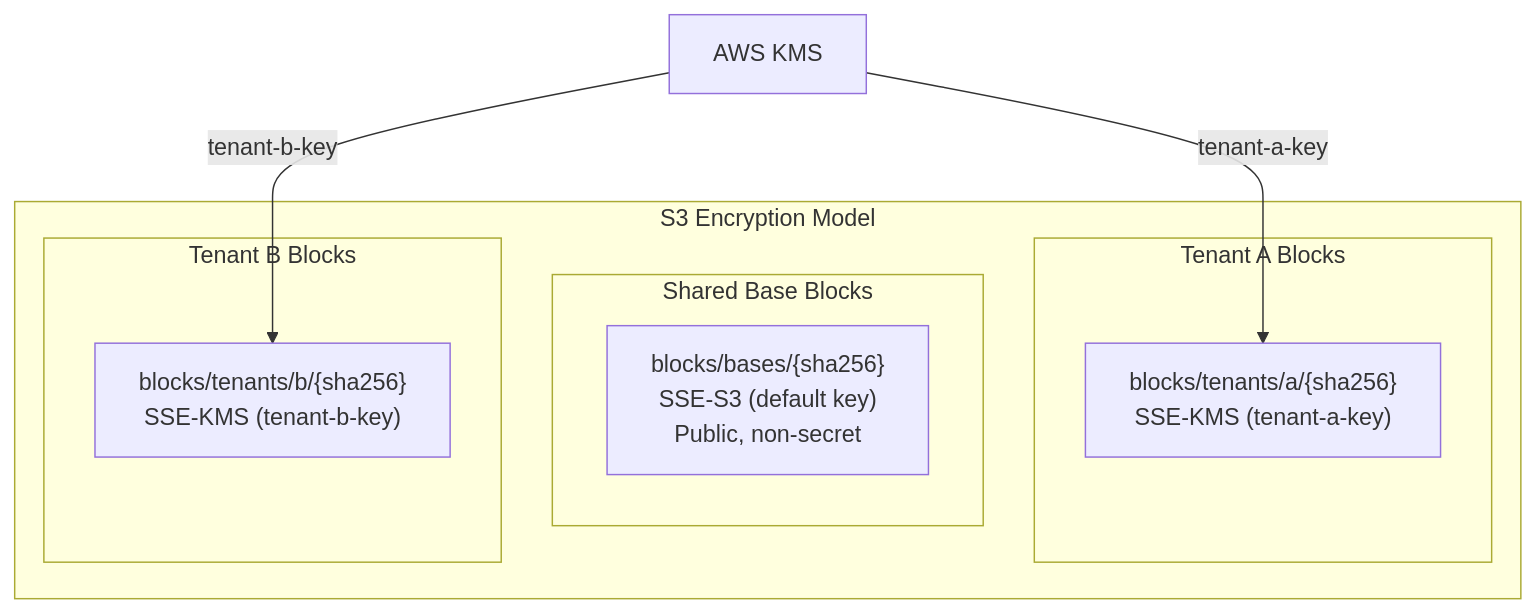
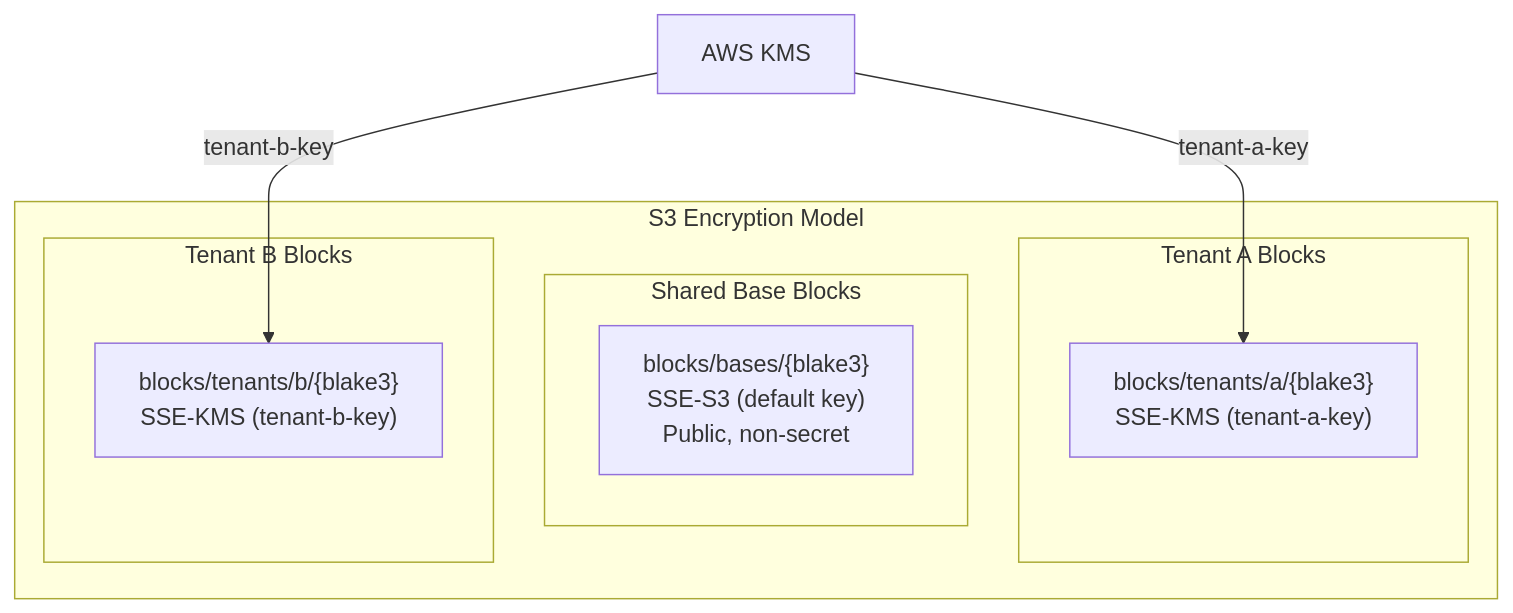
Diagram 16 of 18 in GLIDEv2.md (paraglidehq/glidefs), drawn with Mermaid before and after one commit. The commit also changed other lines of this file, not shown here.

````diff
--- a/GLIDEv2.md
+++ b/GLIDEv2.md
@@ -543,19 +792,19 @@
 ```mermaid
 graph TB
     subgraph "S3 Encryption Model"
         subgraph "Shared Base Blocks"
-            SB["blocks/bases/{sha256}<br/>SSE-S3 (default key)<br/>Public, non-secret"]
+            SB["blocks/bases/{blake3}<br/>SSE-S3 (default key)<br/>Public, non-secret"]
         end
 
         subgraph "Tenant A Blocks"
-            TA["blocks/tenants/a/{sha256}<br/>SSE-KMS (tenant-a-key)"]
+            TA["blocks/tenants/a/{blake3}<br/>SSE-KMS (tenant-a-key)"]
         end
 
         subgraph "Tenant B Blocks"
-            TB["blocks/tenants/b/{sha256}<br/>SSE-KMS (tenant-b-key)"]
+            TB["blocks/tenants/b/{blake3}<br/>SSE-KMS (tenant-b-key)"]
         end
     end
 
     KMS["AWS KMS"] -->|"tenant-a-key"| TA
     KMS -->|"tenant-b-key"| TB
 ```
````
